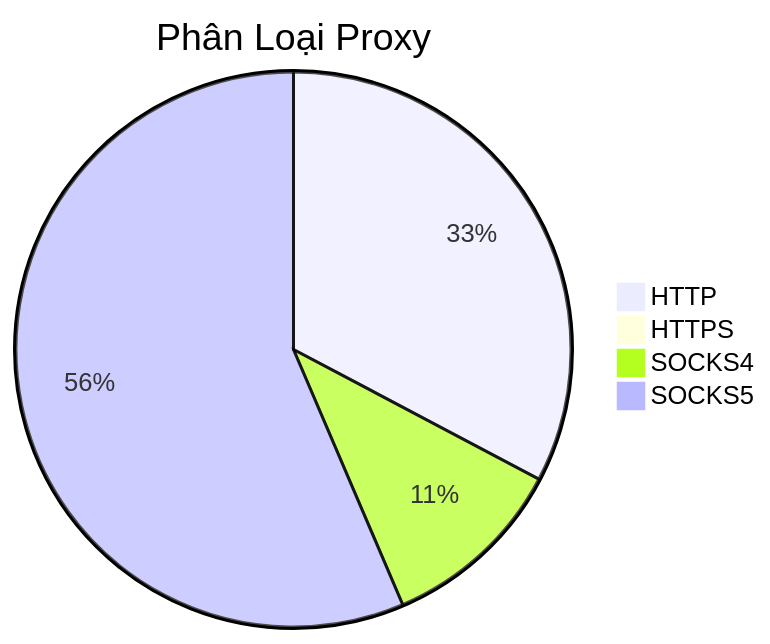
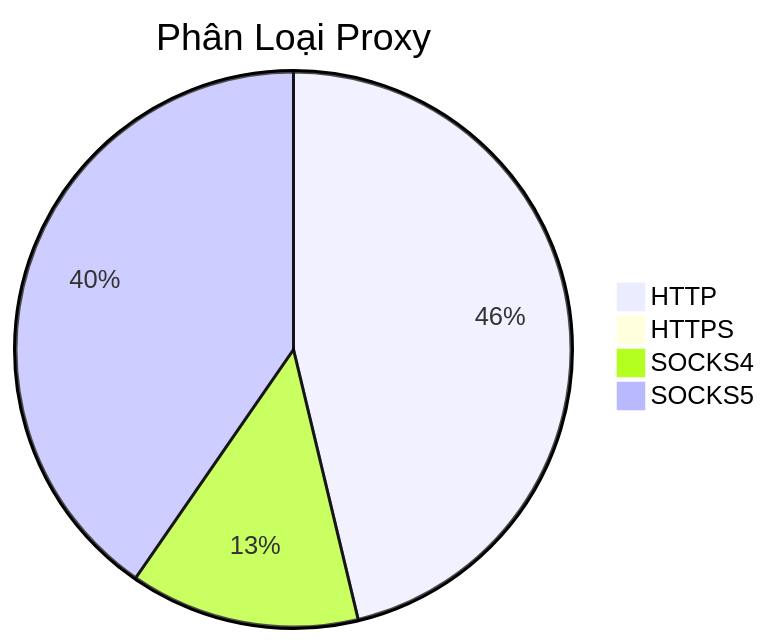
One commit to Ciara-Aa/PROXY-free changed the diagram in README.md. Above: the diagram before and after it, drawn with Mermaid. The commit also changed other lines of this file and 4 other files, not shown here.

````diff
--- a/README.md
+++ b/README.md
@@ -26,7 +26,7 @@
 ```mermaid
 pie title Phân Loại Proxy
-    "HTTP" : 496
+    "HTTP" : 692
     "HTTPS" : 2
-    "SOCKS4" : 164
-    "SOCKS5" : 855
+    "SOCKS4" : 200
+    "SOCKS5" : 604
 ```
````
